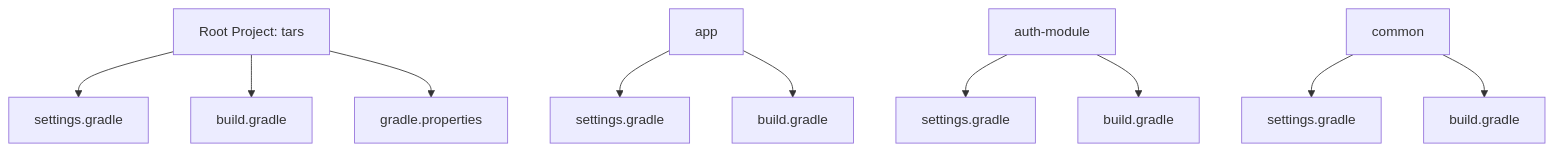
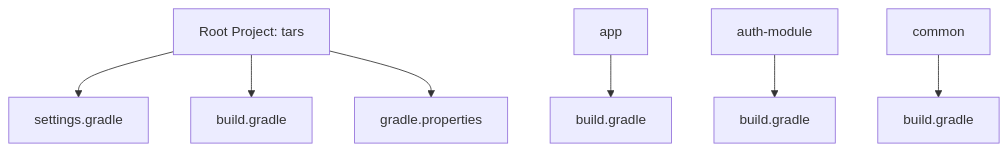
The second of 4 diagrams in multi-module-structure.md (christopher3810/tars), drawn with Mermaid before and after one commit. The commit also changed other lines of this file and 1 other file, not shown here.

Commit message:
Feat : root gradle 수정 및 md 수정

````diff
--- a/multi-module-structure.md
+++ b/multi-module-structure.md
@@ -26,15 +26,12 @@
 ```mermaid
 graph TD
     Root[Root Project: tars] --> RootSettings[settings.gradle]
     Root --> RootBuild[build.gradle]
     Root --> GradleProps[gradle.properties]
     
-    App[app] --> AppSettings[settings.gradle]
-    App --> AppBuild[build.gradle]
+    App[app] --> AppBuild[build.gradle]
     
-    Auth[auth-module] --> AuthSettings[settings.gradle]
-    Auth --> AuthBuild[build.gradle]
+    Auth[auth-module] --> AuthBuild[build.gradle]
     
-    Common[common] --> CommonSettings[settings.gradle]
-    Common --> CommonBuild[build.gradle]
+    Common[common] --> CommonBuild[build.gradle]
 ```
````
